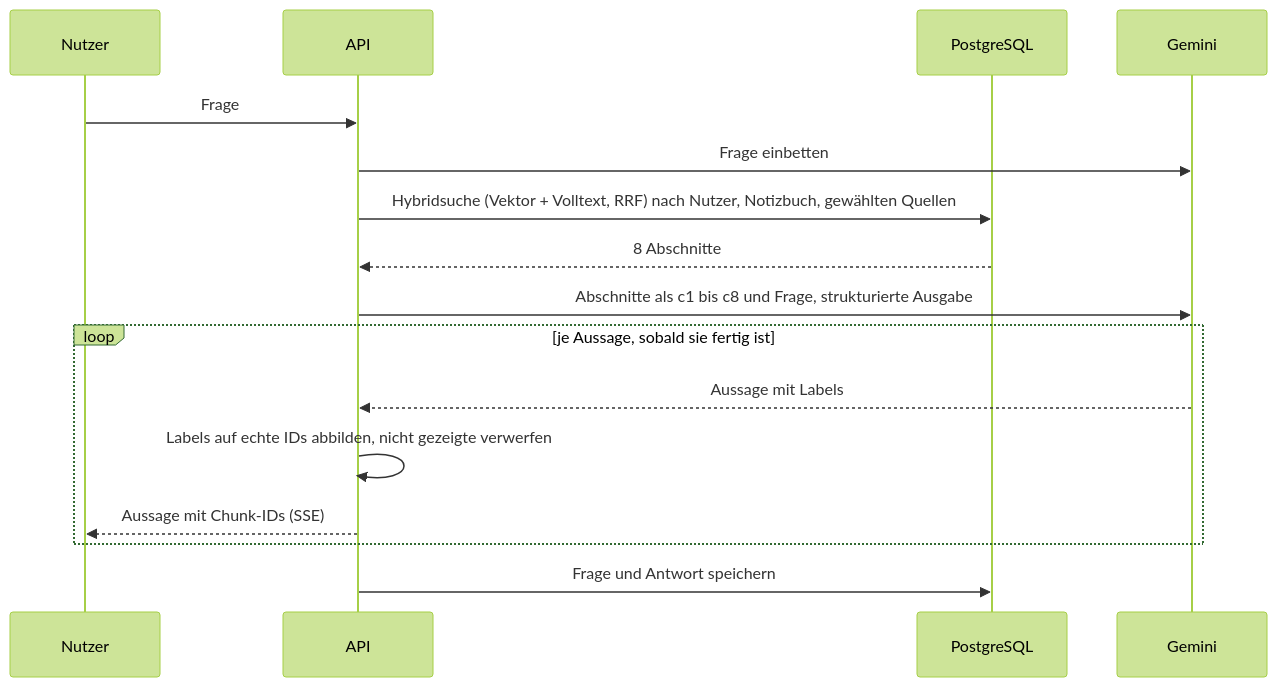
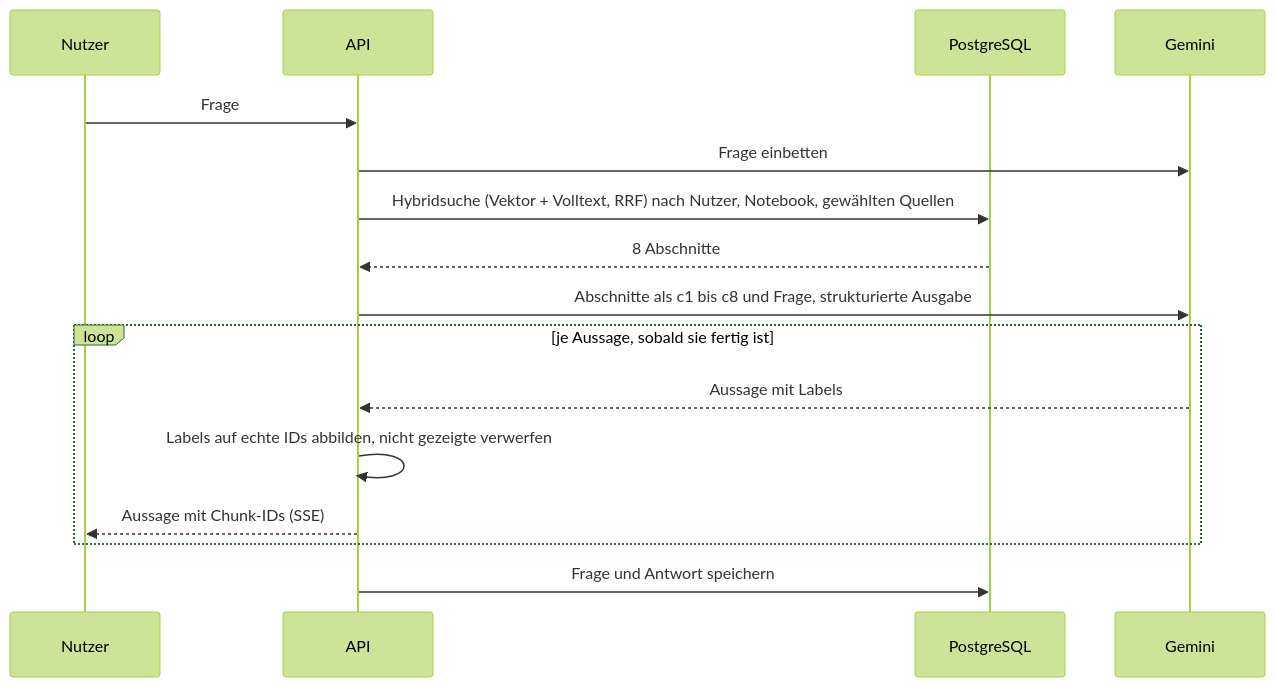
The third of 3 diagrams in README.md (oguzbits/notebooklm-klon), drawn with Mermaid (forest theme) before and after one commit. The commit also changed other lines of this file and 33 other files, not shown here.

````diff
--- a/README.md
+++ b/README.md
@@ -100,18 +100,18 @@
 ```mermaid
 sequenceDiagram
   participant U as Nutzer
   participant A as API
   participant D as PostgreSQL
   participant G as Gemini
   U->>A: Frage
   A->>G: Frage einbetten
-  A->>D: Hybridsuche (Vektor + Volltext, RRF) nach Nutzer, Notizbuch, gewählten Quellen
+  A->>D: Hybridsuche (Vektor + Volltext, RRF) nach Nutzer, Notebook, gewählten Quellen
   D-->>A: 8 Abschnitte
   A->>G: Abschnitte als c1 bis c8 und Frage, strukturierte Ausgabe
   loop je Aussage, sobald sie fertig ist
     G-->>A: Aussage mit Labels
     A->>A: Labels auf echte IDs abbilden, nicht gezeigte verwerfen
     A-->>U: Aussage mit Chunk-IDs (SSE)
   end
   A->>D: Frage und Antwort speichern
 ```
````
